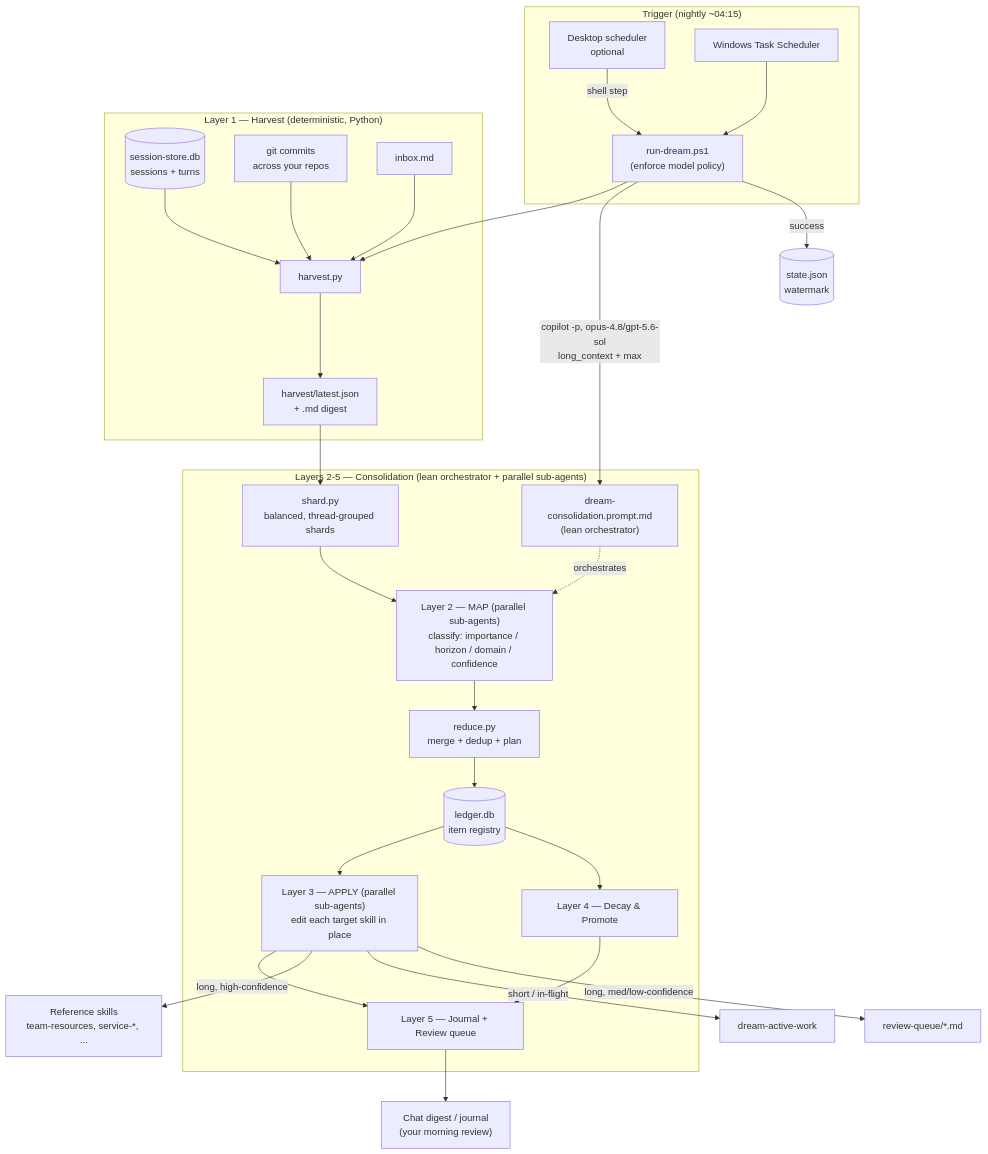
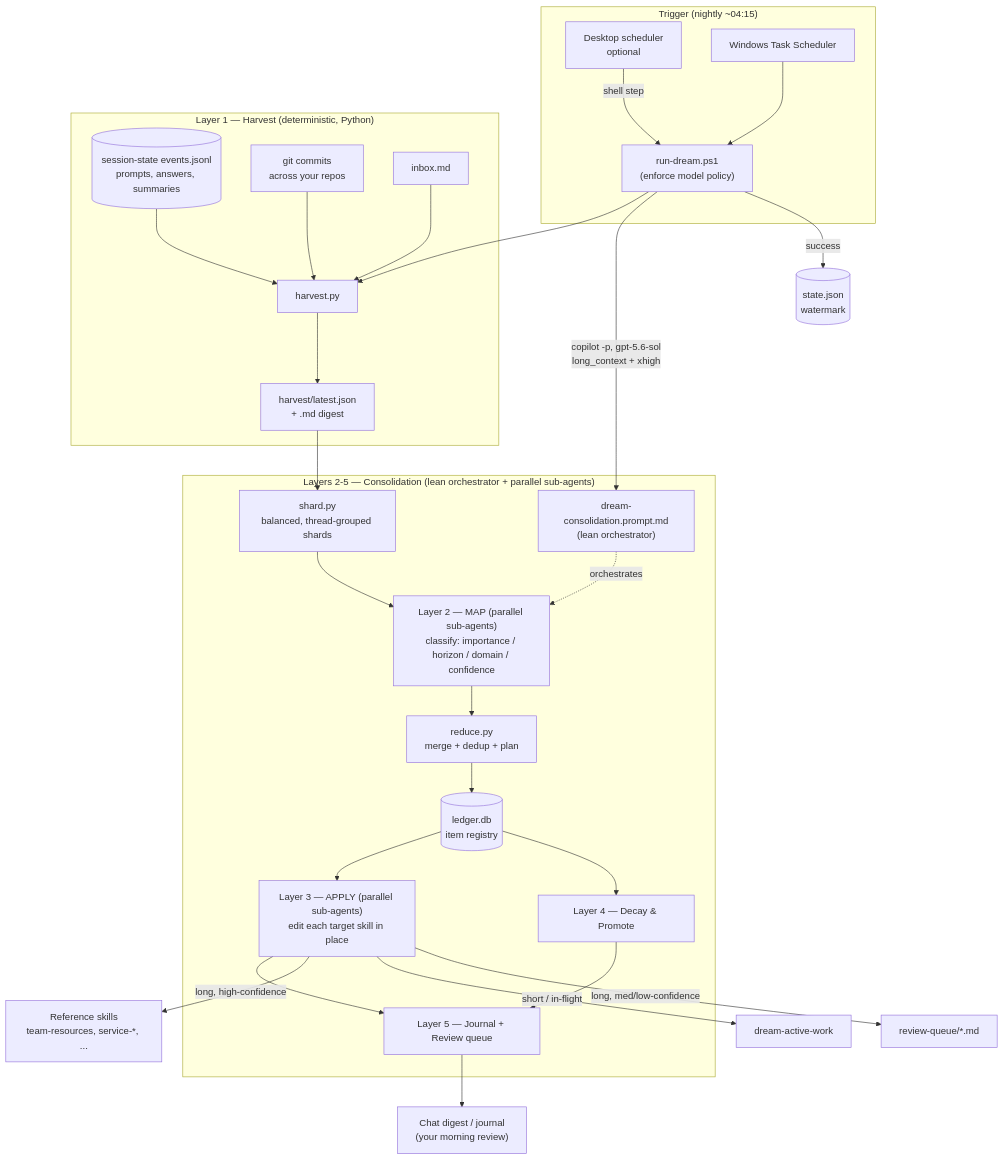
One commit to bhanuprakash-1/copilot-dream changed the diagram in docs/01-architecture.md. Above: the diagram before and after it, drawn with Mermaid. The commit also changed other lines of this file and 29 other files, not shown here.

````diff
--- a/docs/01-architecture.md
+++ b/docs/01-architecture.md
@@ -15,38 +15,38 @@
 ```mermaid
 flowchart TD
     subgraph Trigger["Trigger (nightly ~04:15)"]
       SCHED[Desktop scheduler<br/>optional] -->|shell step| RUN
       TASK[Windows Task Scheduler] --> RUN
     end
 
     RUN["run-dream.ps1<br/>(enforce model policy)"] --> HARVEST
 
     subgraph L1["Layer 1 — Harvest (deterministic, Python)"]
       HARVEST["harvest.py"]
-      S1[(session-store.db<br/>sessions + turns)] --> HARVEST
+      S1[(session-state events.jsonl<br/>prompts, answers, summaries)] --> HARVEST
       S2[git commits<br/>across your repos] --> HARVEST
       S3[inbox.md] --> HARVEST
       HARVEST --> SNAP["harvest/latest.json<br/>+ .md digest"]
     end
 
     SNAP --> SHARD["shard.py<br/>balanced, thread-grouped shards"]
-    RUN -->|copilot -p, opus-4.8/gpt-5.6-sol<br/>long_context + max| BRAIN
+    RUN -->|copilot -p, gpt-5.6-sol<br/>long_context + xhigh| BRAIN
 
     subgraph Brain["Layers 2-5 — Consolidation (lean orchestrator + parallel sub-agents)"]
       BRAIN["dream-consolidation.prompt.md<br/>(lean orchestrator)"]
       SHARD --> MAP["Layer 2 — MAP (parallel sub-agents)<br/>classify: importance / horizon / domain / confidence"]
       BRAIN -.orchestrates.-> MAP
       MAP --> REDUCE["reduce.py<br/>merge + dedup + plan"]
       REDUCE --> LEDGER[(ledger.db<br/>item registry)]
       LEDGER --> CONS["Layer 3 — APPLY (parallel sub-agents)<br/>edit each target skill in place"]
       LEDGER --> DECAY["Layer 4 — Decay & Promote"]
       CONS --> JOURNAL["Layer 5 — Journal + Review queue"]
       DECAY --> JOURNAL
     end
 
     CONS -->|long, high-confidence| REF["Reference skills<br/>team-resources, service-*, ..."]
     CONS -->|short / in-flight| ACTIVE["dream-active-work"]
     CONS -->|long, med/low-confidence| RQ["review-queue/*.md"]
     JOURNAL --> DIGEST["Chat digest / journal<br/>(your morning review)"]
     RUN -->|success| WM[(state.json<br/>watermark)]
 ```
````
